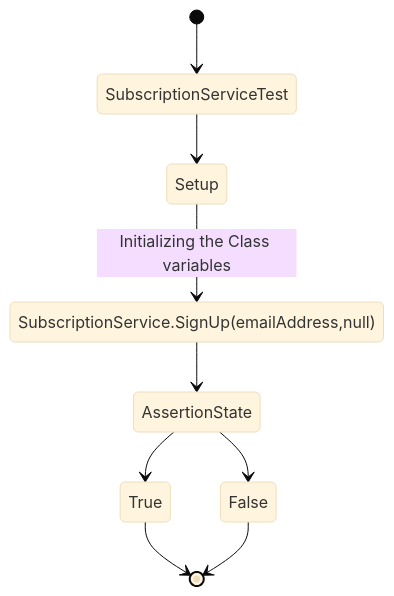
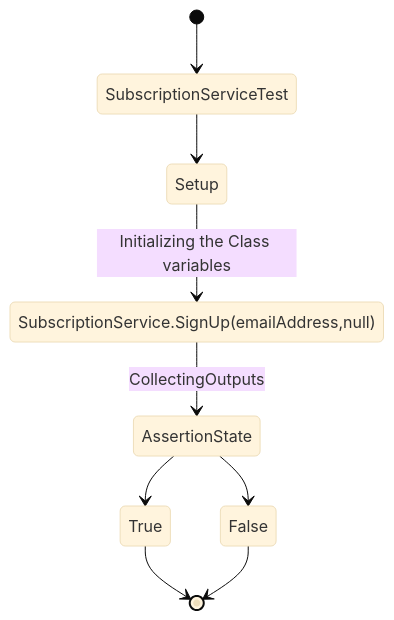
Before and after one commit to Emsaso/GetNews: the second of 11 diagrams in model/tests/test.md, drawn with Mermaid (base theme).

````diff
--- a/model/tests/test.md
+++ b/model/tests/test.md
@@ -32,35 +32,35 @@
 ```mermaid
 stateDiagram-v2
 [*] --> SubscriptionServiceTest
     SubscriptionServiceTest --> Setup
     Setup --> SubscriptionService.SignUp(emailAddress,null):Initializing the Class variables
     
 #    state AssertionState <<choice>>
 #    state SubscriptionCheck <<choice>>
 #    state EnsureEmailValidity <<choice>>
 
 #    EnsureEmailValidity
 #       [*] --> EnsureEmailValidity
 #
 #        state CollectingInputs
 #        state HandleInvalidEmail
 #        state join_state <<join>>
 
 #        CollectingInputs --> EmailAddress.IsValid()
 #            EmailAddress.IsValid()--> (bool)HandleInvalidEmail
 #            HandleInvalidEmail  --> AssertionState
 
 #        EmailAddress.IsValid() --> SubscriptionCheck
             
 #            state HandleNullSubscription
 #            HandleNullSubscription --> CreateSubScription
 #            CreateSubScription --> AssertionState
         
 
-    SubscriptionService.SignUp(emailAddress,null) --> AssertionState
+    SubscriptionService.SignUp(emailAddress,null) --> AssertionState: CollectingOutputs
     
     AssertionState --> True
     AssertionState --> False
     True --> [*]
     False --> [*]
 ```
````
